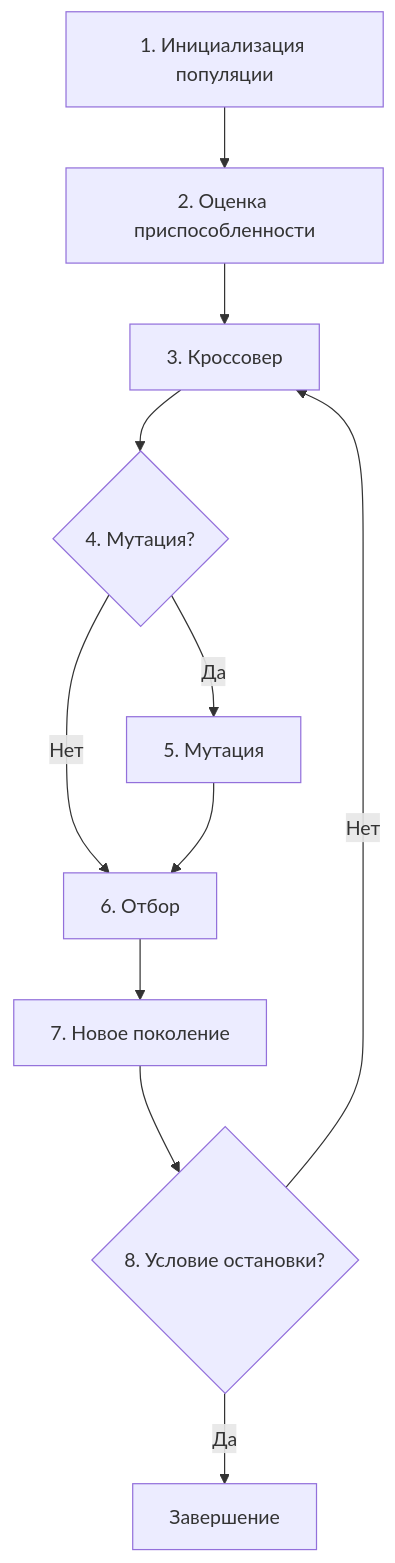
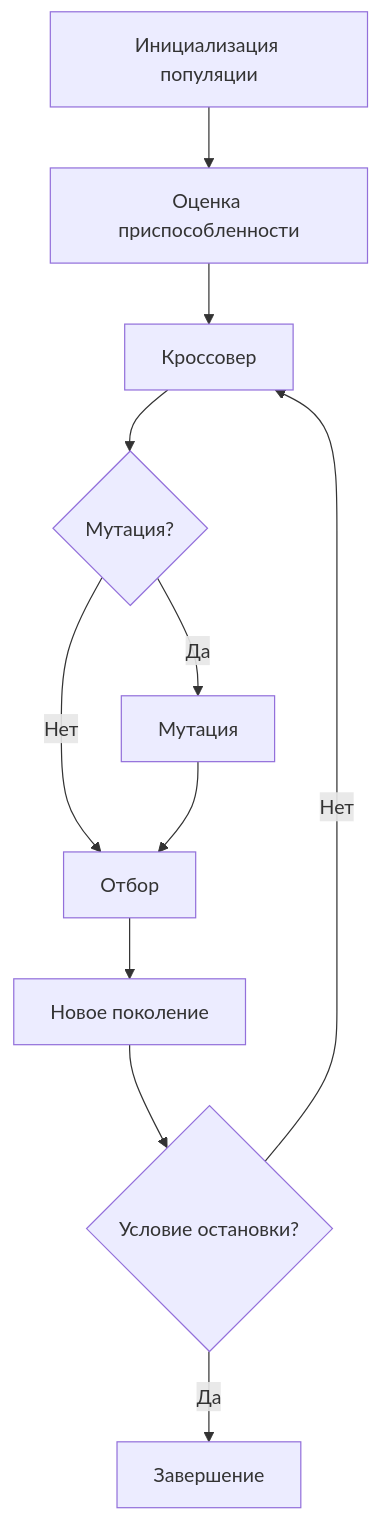
Before and after one commit to MSU-Courses/introductory-speciality-practice: the diagram in 02_ga.md, drawn with Mermaid.

Commit message:
add scheme

````diff
--- a/02_ga.md
+++ b/02_ga.md
@@ -63,23 +63,23 @@
 ```mermaid
 flowchart TD
-    A[1. Инициализация популяции]
-    B[2. Оценка приспособленности]
-    C[3. Кроссовер]
-    D{4. Мутация?}
-    E[5. Мутация]
-    F[6. Отбор]
-    G[7. Новое поколение]
-    H{8. Условие остановки?}
+    A[Инициализация популяции]
+    B[Оценка приспособленности]
+    C[Кроссовер]
+    D{Мутация?}
+    E[Мутация]
+    F[Отбор]
+    G[Новое поколение]
+    H{Условие остановки?}
     I[Завершение]
 
     A --> B
     B --> C
     C --> D
     D -- Да --> E
     D -- Нет --> F
     E --> F
     F --> G
     G --> H
     H -- Да --> I
     H -- Нет --> C
 ```
````
